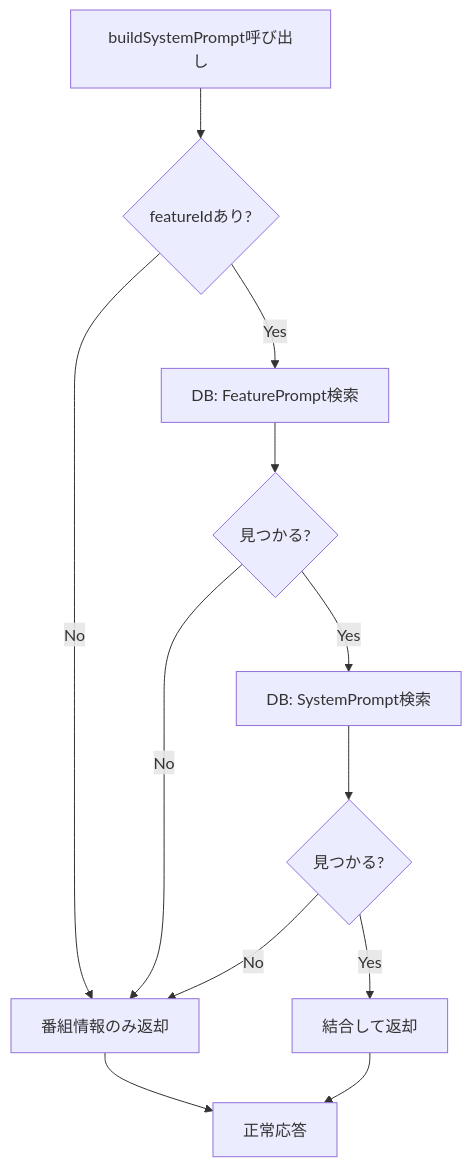
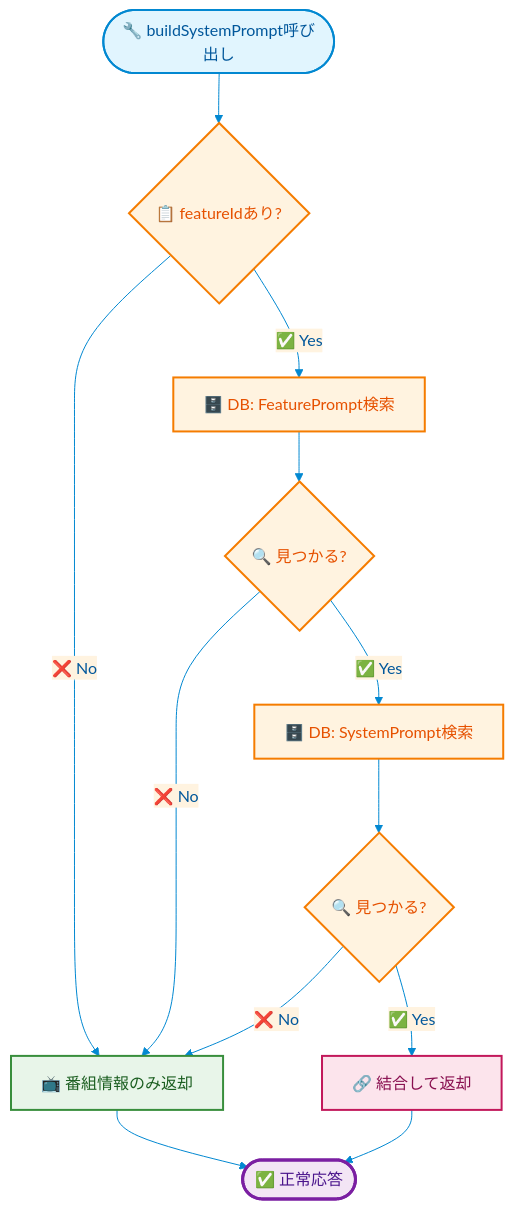
The seventh of 7 diagrams in docs/specs/api-integration/system-prompt-generation.md (langcore-org/united-productions-web), drawn with Mermaid before and after one commit. The commit also changed other lines of this file, not shown here.

First line of the commit message:
docs: Mermaid図をダークモード対応に改善

````diff
--- a/docs/specs/api-integration/system-prompt-generation.md
+++ b/docs/specs/api-integration/system-prompt-generation.md
@@ -284,14 +304,25 @@
 ```mermaid
+%%{init: {'theme': 'base', 'themeVariables': { 'primaryColor': '#e1f5fe', 'primaryTextColor': '#01579b', 'primaryBorderColor': '#0288d1', 'lineColor': '#0288d1', 'secondaryColor': '#fff3e0', 'tertiaryColor': '#e8f5e9', 'background': '#fafafa'}}}%%
 flowchart TD
-    A[buildSystemPrompt呼び出し] --> B{featureIdあり?}
-    B -->|No| C[番組情報のみ返却]
-    B -->|Yes| D[DB: FeaturePrompt検索]
-    D --> E{見つかる?}
-    E -->|No| C
-    E -->|Yes| F[DB: SystemPrompt検索]
-    F --> G{見つかる?}
-    G -->|No| C
-    G -->|Yes| H[結合して返却]
-    C --> I[正常応答]
+    A([🔧 buildSystemPrompt呼び出し]) --> B{📋 featureIdあり?}
+    B -->|❌ No| C[📺 番組情報のみ返却]
+    B -->|✅ Yes| D[🗄️ DB: FeaturePrompt検索]
+    D --> E{🔍 見つかる?}
+    E -->|❌ No| C
+    E -->|✅ Yes| F[🗄️ DB: SystemPrompt検索]
+    F --> G{🔍 見つかる?}
+    G -->|❌ No| C
+    G -->|✅ Yes| H[🔗 結合して返却]
+    C --> I([✅ 正常応答])
     H --> I
+
+    style A fill:#e1f5fe,stroke:#0288d1,stroke-width:2px,color:#01579b
+    style B fill:#fff3e0,stroke:#f57c00,stroke-width:2px,color:#e65100
+    style C fill:#e8f5e9,stroke:#388e3c,stroke-width:2px,color:#1b5e20
+    style D fill:#fff3e0,stroke:#f57c00,stroke-width:2px,color:#e65100
+    style E fill:#fff3e0,stroke:#f57c00,stroke-width:2px,color:#e65100
+    style F fill:#fff3e0,stroke:#f57c00,stroke-width:2px,color:#e65100
+    style G fill:#fff3e0,stroke:#f57c00,stroke-width:2px,color:#e65100
+    style H fill:#fce4ec,stroke:#c2185b,stroke-width:2px,color:#880e4f
+    style I fill:#f3e5f5,stroke:#7b1fa2,stroke-width:3px,color:#4a148c
 ```
````
